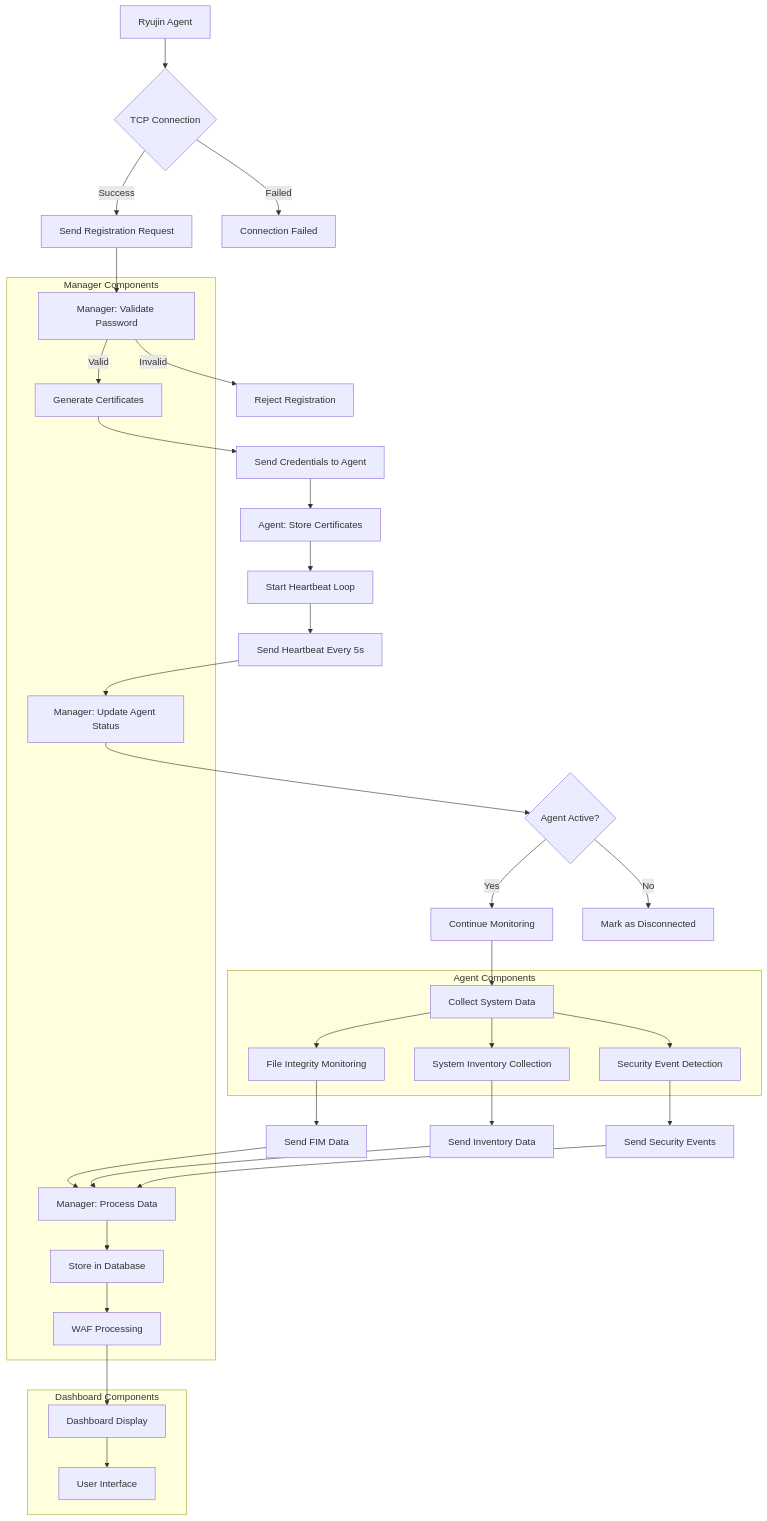
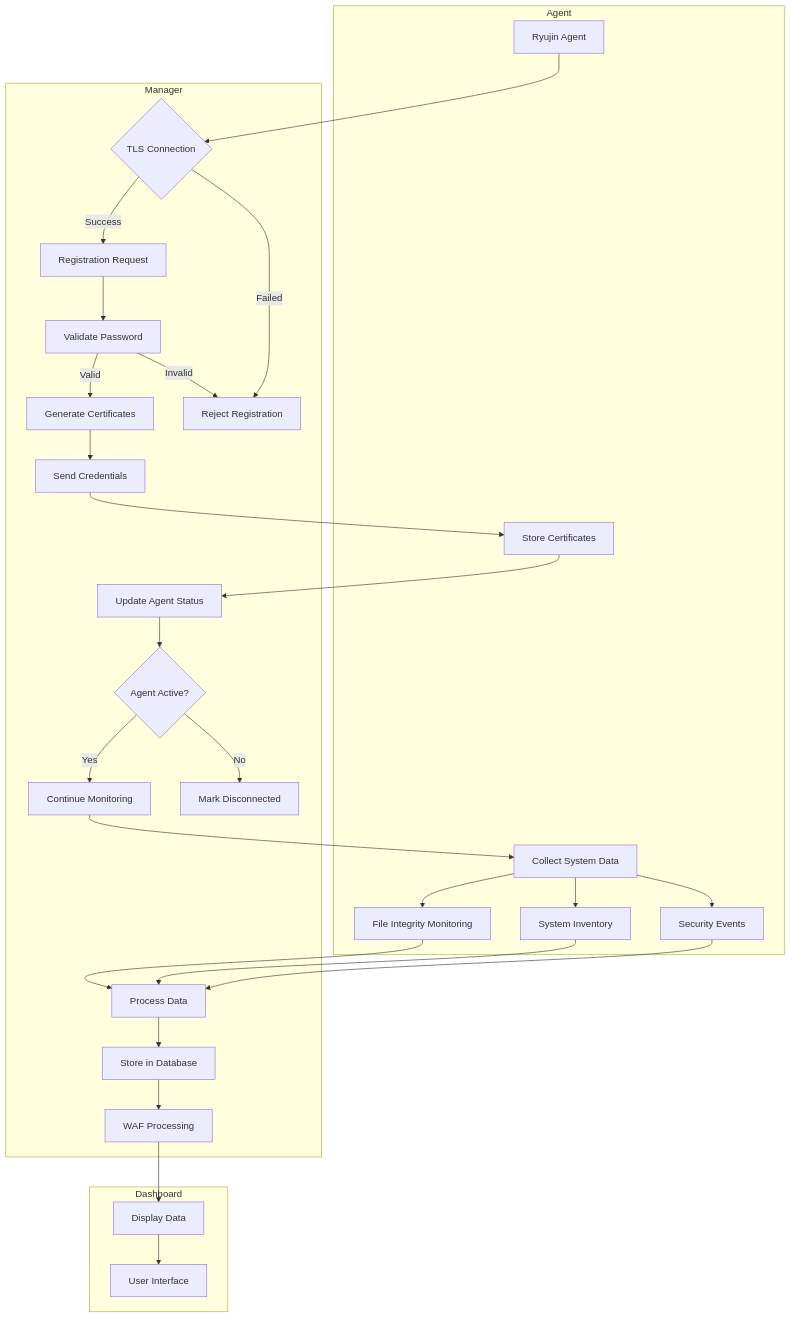
The diagram in profile/README.md (ryujin-security/.github), drawn with Mermaid before and after one commit.

````diff
--- a/profile/README.md
+++ b/profile/README.md
@@ -28,52 +28,56 @@
 ```mermaid
 graph TD
-    A[Ryujin Agent] --> B{TCP Connection}
-    B -->|Success| C[Send Registration Request]
-    B -->|Failed| D[Connection Failed]
-    C --> E[Manager: Validate Password]
-    E -->|Valid| F[Generate Certificates]
-    E -->|Invalid| G[Reject Registration]
-    F --> H[Send Credentials to Agent]
-    H --> I[Agent: Store Certificates]
-    I --> J[Start Heartbeat Loop]
-    J --> K[Send Heartbeat Every 5s]
-    K --> L[Manager: Update Agent Status]
-    L --> M{Agent Active?}
-    M -->|Yes| N[Continue Monitoring]
-    M -->|No| O[Mark as Disconnected]
-    N --> P[Collect System Data]
-    P --> Q[File Integrity Monitoring]
-    P --> R[System Inventory Collection]
-    P --> S[Security Event Detection]
-    Q --> T[Send FIM Data]
-    R --> U[Send Inventory Data]
-    S --> V[Send Security Events]
-    T --> W[Manager: Process Data]
-    U --> W
-    V --> W
-    W --> X[Store in Database]
-    X --> Y[WAF Processing]
-    Y --> Z[Dashboard Display]
-    Z --> AA[User Interface]
-    
-    subgraph "Agent Components"
-        P
-        Q
-        R
-        S
+    subgraph "Agent"
+        A[Ryujin Agent]
+        I[Store Certificates]
+        P[Collect System Data]
+        Q[File Integrity Monitoring]
+        R[System Inventory]
+        S[Security Events]
     end
     
-    subgraph "Manager Components"
-        E
-        F
-        L
-        W
-        X
-        Y
+    subgraph "Manager"
+        B{TLS Connection}
+        C[Registration Request]
+        E[Validate Password]
+        F[Generate Certificates]
+        G[Reject Registration]
+        H[Send Credentials]
+        L[Update Agent Status]
+        M{Agent Active?}
+        N[Continue Monitoring]
+        O[Mark Disconnected]
+        W[Process Data]
+        X[Store in Database]
+        Y[WAF Processing]
     end
     
-    subgraph "Dashboard Components"
-        Z
-        AA
+    subgraph "Dashboard"
+        Z[Display Data]
+        AA[User Interface]
     end
+    
+    A --> B
+    B -->|Success| C
+    B -->|Failed| G
+    C --> E
+    E -->|Valid| F
+    E -->|Invalid| G
+    F --> H
+    H --> I
+    I --> L
+    L --> M
+    M -->|Yes| N
+    M -->|No| O
+    N --> P
+    P --> Q
+    P --> R
+    P --> S
+    Q --> W
+    R --> W
+    S --> W
+    W --> X
+    X --> Y
+    Y --> Z
+    Z --> AA
 ```
````
